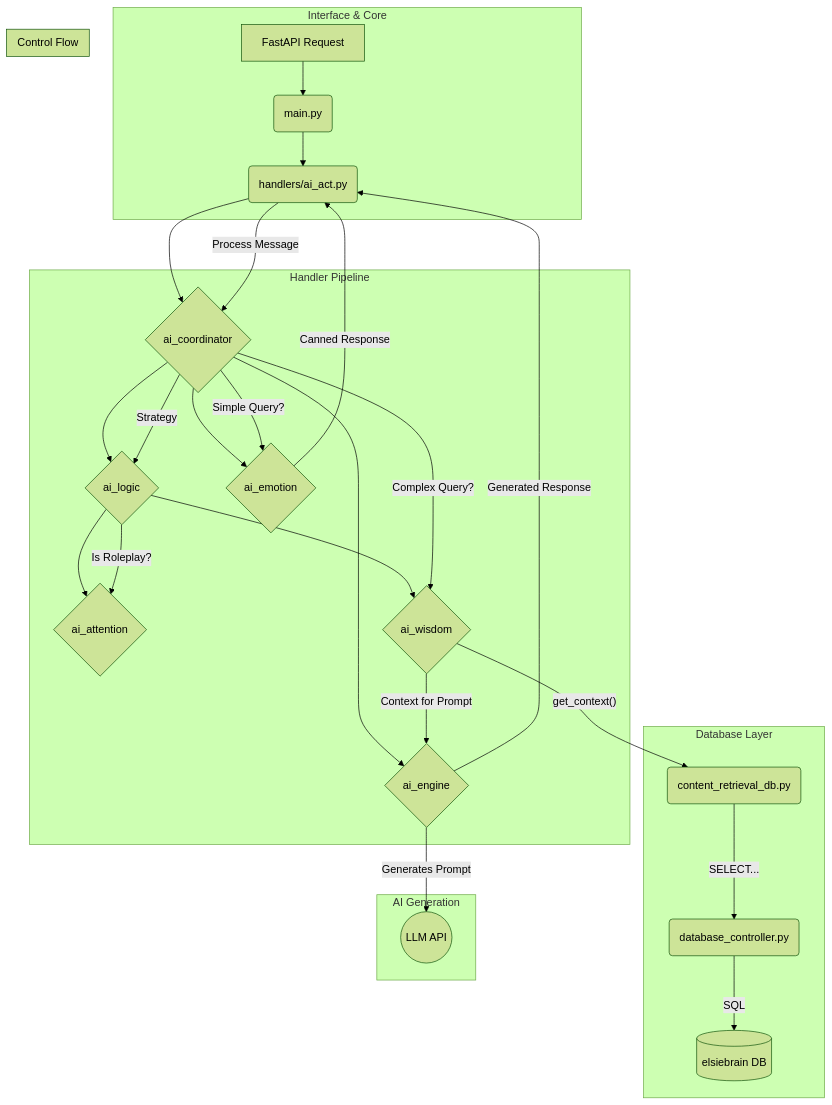
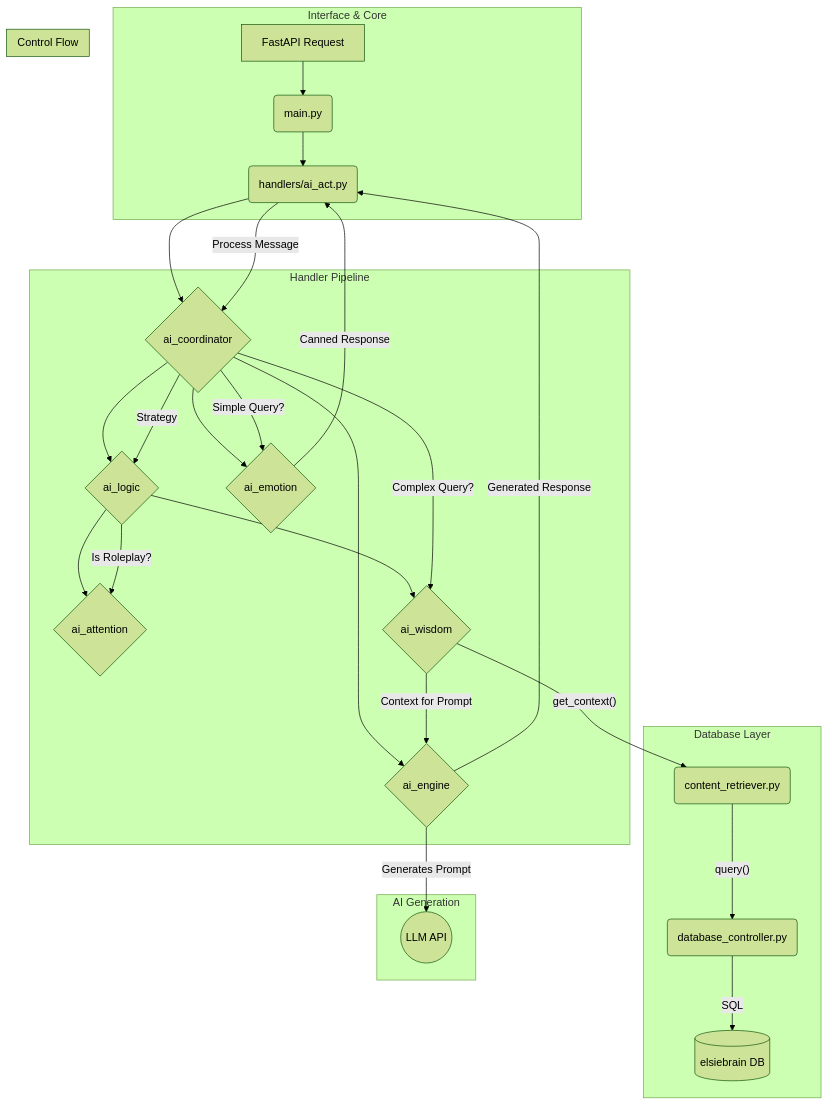
Before and after one commit to Jccunnin68/ElsieBot: the second of 2 diagrams in docs/ARCHITECTURE.md, drawn with Mermaid (forest theme). The commit also changed other lines of this file and 16 other files, not shown here.

````diff
--- a/docs/ARCHITECTURE.md
+++ b/docs/ARCHITECTURE.md
@@ -95,37 +96,37 @@
 ```mermaid
 graph TD
     subgraph "Interface & Core"
         A[FastAPI Request] --> B(main.py);
         B --> C(handlers/ai_act.py);
     end
 
     subgraph "Handler Pipeline"
         C --> D{ai_coordinator};
         D --> E{ai_logic};
         E --> F{ai_attention};
         E --> G{ai_wisdom};
         D --> H{ai_emotion};
         D --> I{ai_engine};
     end
 
     subgraph "Database Layer"
-        G -- "get_context()" --> J(content_retrieval_db.py);
-        J -- "SELECT..." --> K(database_controller.py);
+        G -- "get_context()" --> J(content_retriever.py);
+        J -- "query()" --> K(database_controller.py);
         K -- "SQL" --> L[(elsiebrain DB)];
     end
     
     subgraph "AI Generation"
        I -- "Generates Prompt" --> M((LLM API));
     end
 
     subgraph "Control Flow"
         C -- "Process Message" --> D;
         D -- "Strategy" --> E;
         E -- "Is Roleplay?" --> F;
         D -- "Simple Query?" --> H;
         D -- "Complex Query?" --> G;
         G -- "Context for Prompt" --> I;
         H -- "Canned Response" --> C;
         I -- "Generated Response" --> C;
     end
 ```
````
